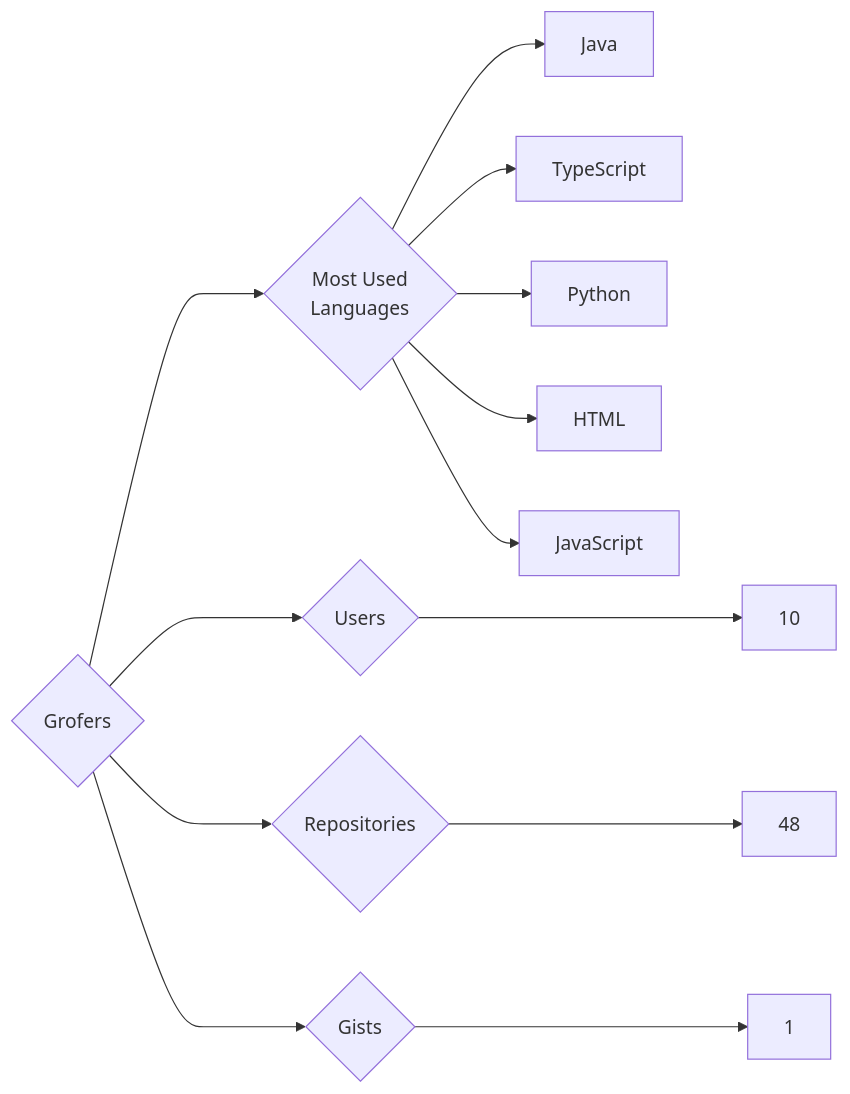
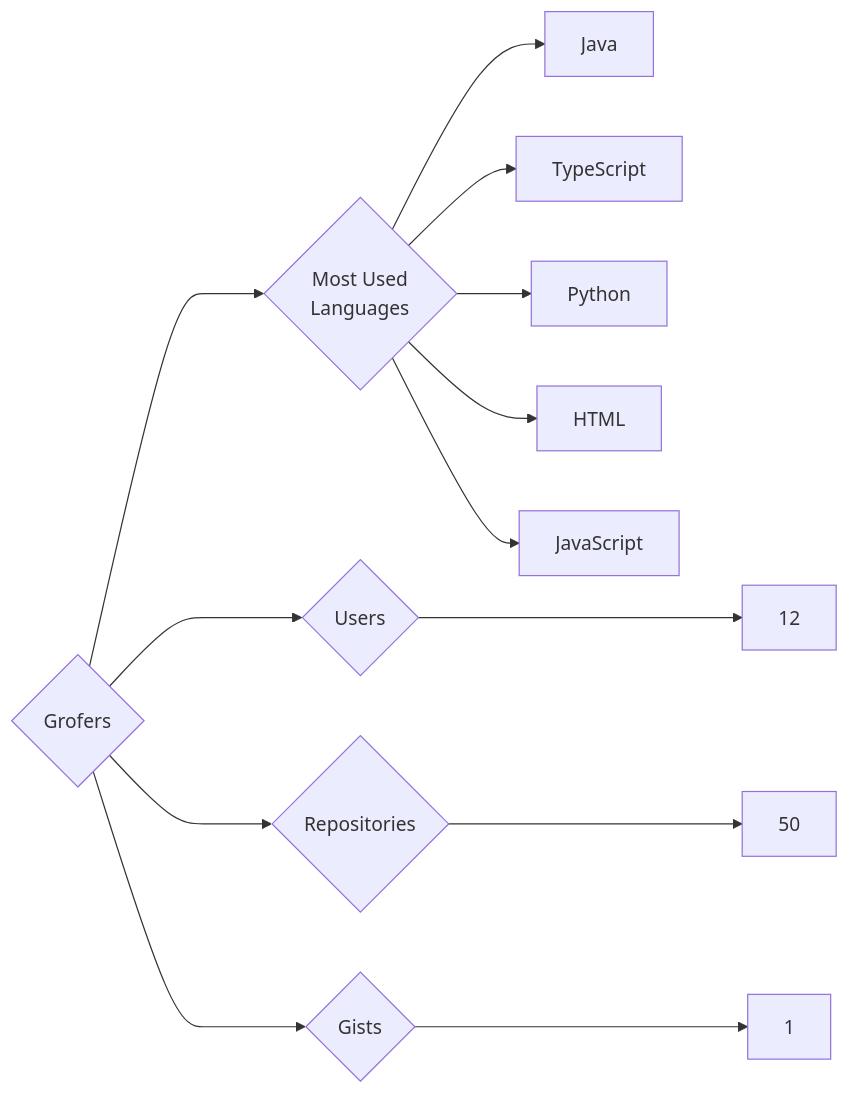
The diagram in targets/Grofers/README.md (trickest/insiders), drawn with Mermaid before and after one commit. The commit also changed 776 other files, not shown here.

````diff
--- a/targets/Grofers/README.md
+++ b/targets/Grofers/README.md
@@ -3,13 +3,13 @@
 ```mermaid
 graph LR
 COMPANY_NAME{Grofers}
-COMPANY_NAME ---> U{Users} ---> UN[10]
-COMPANY_NAME ---> R{Repositories} ---> RN[48]
+COMPANY_NAME ---> U{Users} ---> UN[12]
+COMPANY_NAME ---> R{Repositories} ---> RN[50]
 COMPANY_NAME ---> G{Gists} ---> GN[1]
 COMPANY_NAME ---> ML{Most Used<br>Languages}
 ML --> Java[Java]
 ML --> TypeScript[TypeScript]
 ML --> Python[Python]
 ML --> HTML[HTML]
 ML --> JavaScript[JavaScript]
 ```
````
